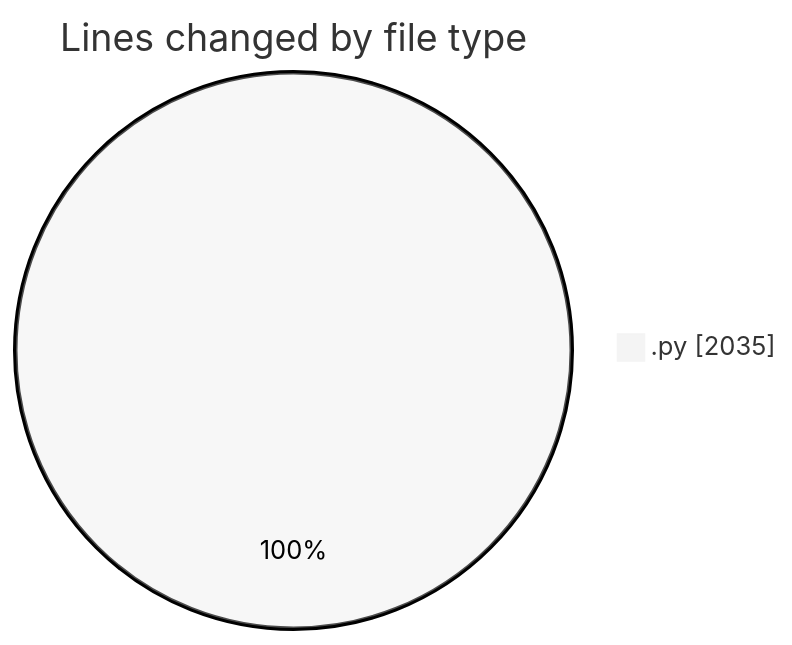
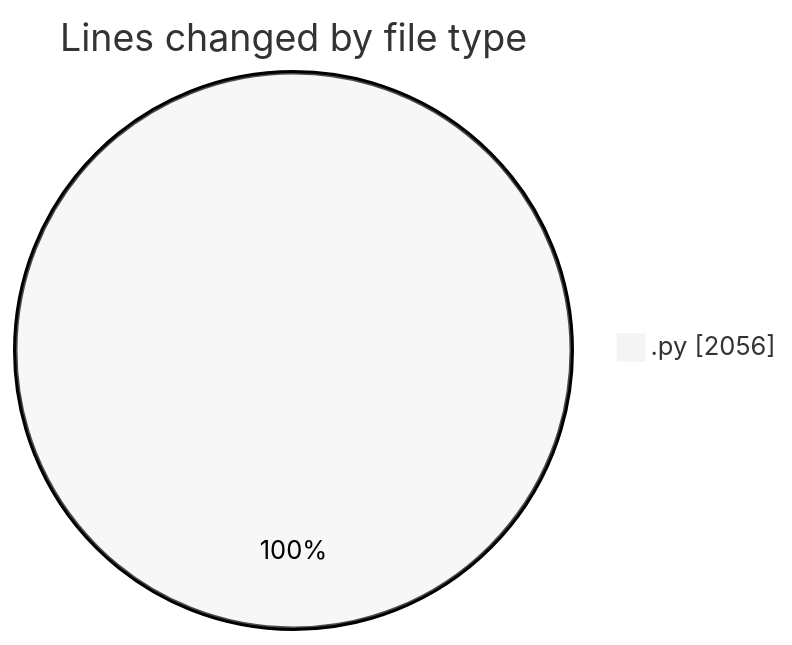
One commit to MatusMokan/code-tracking changed the first of 2 diagrams in 2025-04-12/myws__workspace_/README.md. Above: the diagram before and after it, drawn with Mermaid (neutral theme). The commit also changed other lines of this file and 1 other file, not shown here.

````diff
--- a/2025-04-12/myws__workspace_/README.md
+++ b/2025-04-12/myws__workspace_/README.md
@@ -22,5 +22,5 @@
 ```mermaid
 pie showData
 title Lines changed by file type
-".py" : 2035
+".py" : 2056
 ```
````
